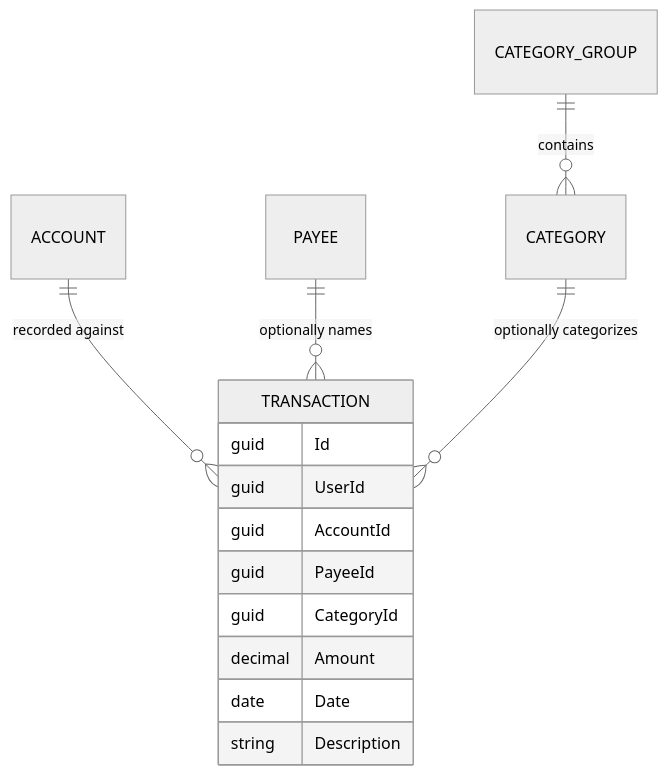
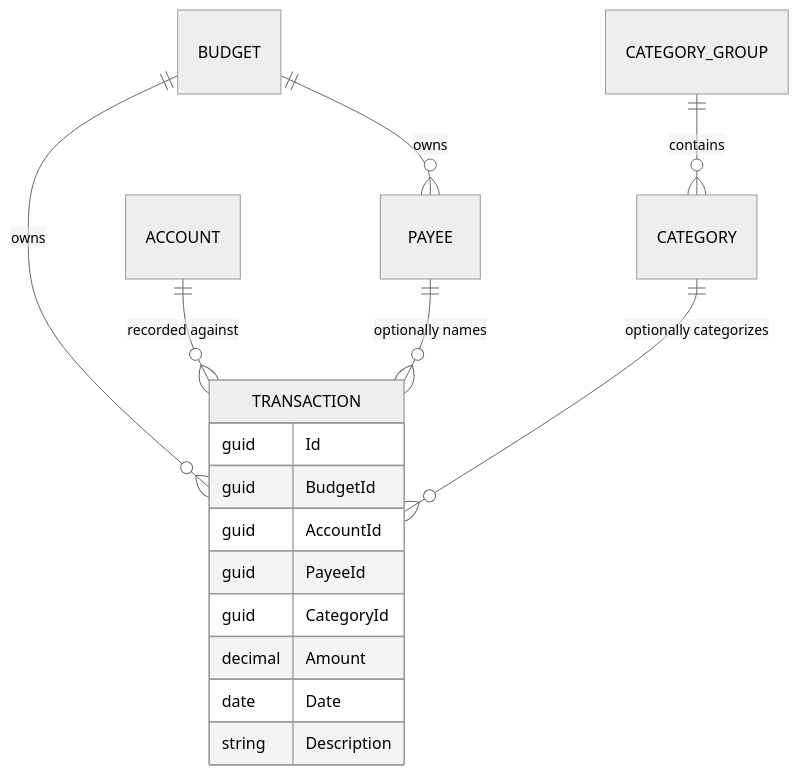
The diagram in docs/business-logic/transactions.md (anton-kochev/budgetoid), drawn with Mermaid (neutral theme) before and after one commit. The commit also changed other lines of this file and 63 other files, not shown here.

First line of the commit message:
feat: scope ownership to a budget instead of a user

````diff
--- a/docs/business-logic/transactions.md
+++ b/docs/business-logic/transactions.md
@@ -25,17 +25,19 @@
 ```mermaid
 erDiagram
+    BUDGET ||--o{ TRANSACTION : owns
+    BUDGET ||--o{ PAYEE : owns
     ACCOUNT ||--o{ TRANSACTION : "recorded against"
     PAYEE ||--o{ TRANSACTION : "optionally names"
     CATEGORY ||--o{ TRANSACTION : "optionally categorizes"
     CATEGORY_GROUP ||--o{ CATEGORY : contains
     TRANSACTION {
         guid Id
-        guid UserId
+        guid BudgetId
         guid AccountId
         guid PayeeId
         guid CategoryId
         decimal Amount
         date Date
         string Description
     }
 ```
````
